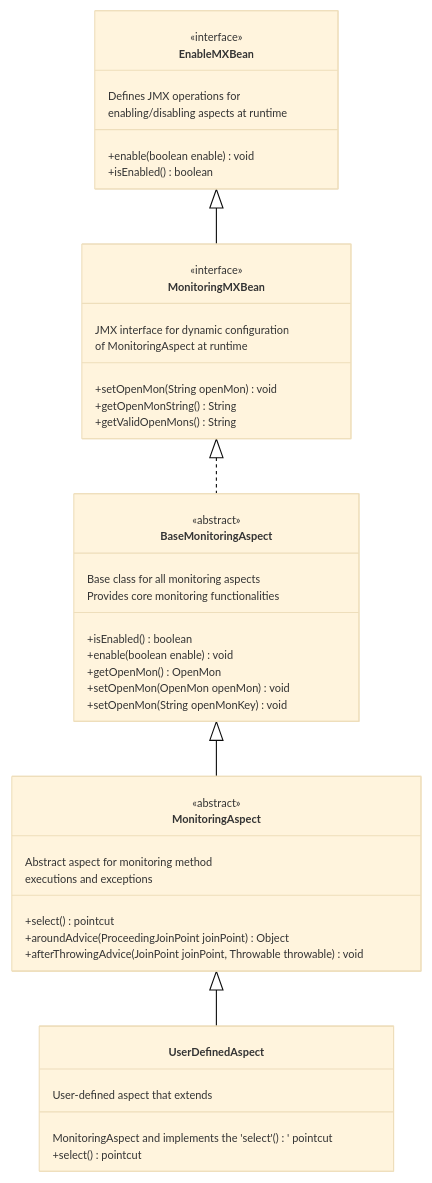
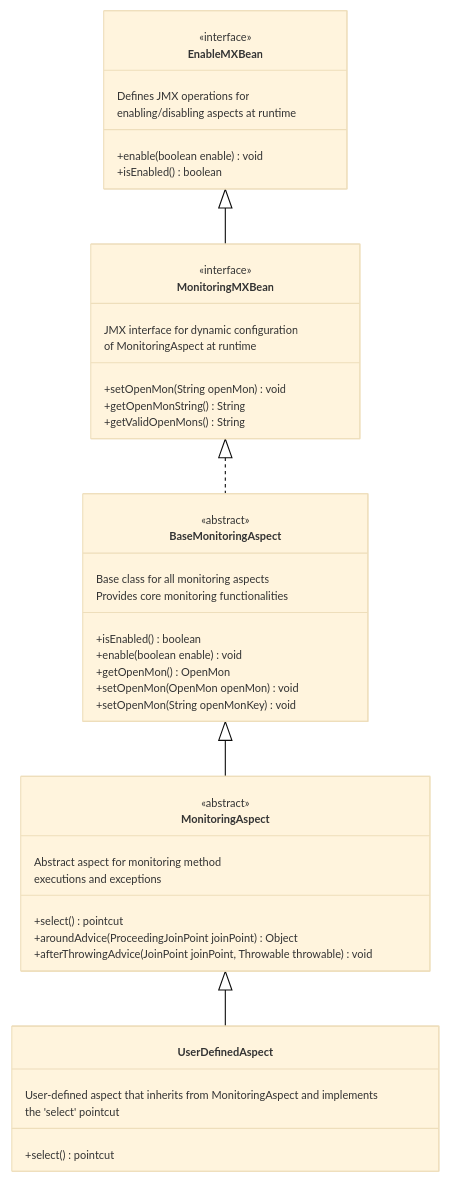
The first of 2 diagrams in docs/automon_class_diagrams.md (stevensouza/automon), drawn with Mermaid before and after one commit. The commit also changed other lines of this file, not shown here.

Commit message:
added minor improvements

````diff
--- a/docs/automon_class_diagrams.md
+++ b/docs/automon_class_diagrams.md
@@ -28,51 +28,51 @@
 ```mermaid
 %%{init: {'theme': 'base', 'themeVariables': { 'fontSize': '10px'}, "flowchart": {"htmlLabels": true, "curve": "linear"}, "sequence": {"useMaxWidth":false}}}%%
 classDiagram
     EnableMXBean <|-- MonitoringMXBean
     MonitoringMXBean <|.. BaseMonitoringAspect
     BaseMonitoringAspect <|-- MonitoringAspect
     MonitoringAspect <|-- UserDefinedAspect
 
     class EnableMXBean {
         <<interface>>
         Defines JMX operations for
         enabling/disabling aspects at runtime
         +enable(boolean enable) void
         +isEnabled() boolean
     }
 
     class MonitoringMXBean {
         <<interface>>
         JMX interface for dynamic configuration
         of MonitoringAspect at runtime
         +setOpenMon(String openMon) void
         +getOpenMonString() String
         +getValidOpenMons() String
     }
 
     class BaseMonitoringAspect {
         <<abstract>>
         Base class for all monitoring aspects
         Provides core monitoring functionalities
         +isEnabled() boolean
         +enable(boolean enable) void
         +getOpenMon() OpenMon
         +setOpenMon(OpenMon openMon) void
         +setOpenMon(String openMonKey) void
     }
 
     class MonitoringAspect {
         <<abstract>>
         Abstract aspect for monitoring method
         executions and exceptions
         +select() pointcut
         +aroundAdvice(ProceedingJoinPoint joinPoint) Object
         +afterThrowingAdvice(JoinPoint joinPoint, Throwable throwable) void
     }
 
     class UserDefinedAspect {
-        User-defined aspect that extends
-        MonitoringAspect and implements the 'select'()' pointcut
+        User-defined aspect that inherits from MonitoringAspect and implements 
+        the 'select' pointcut
         +select() pointcut
     }
 ```
````
